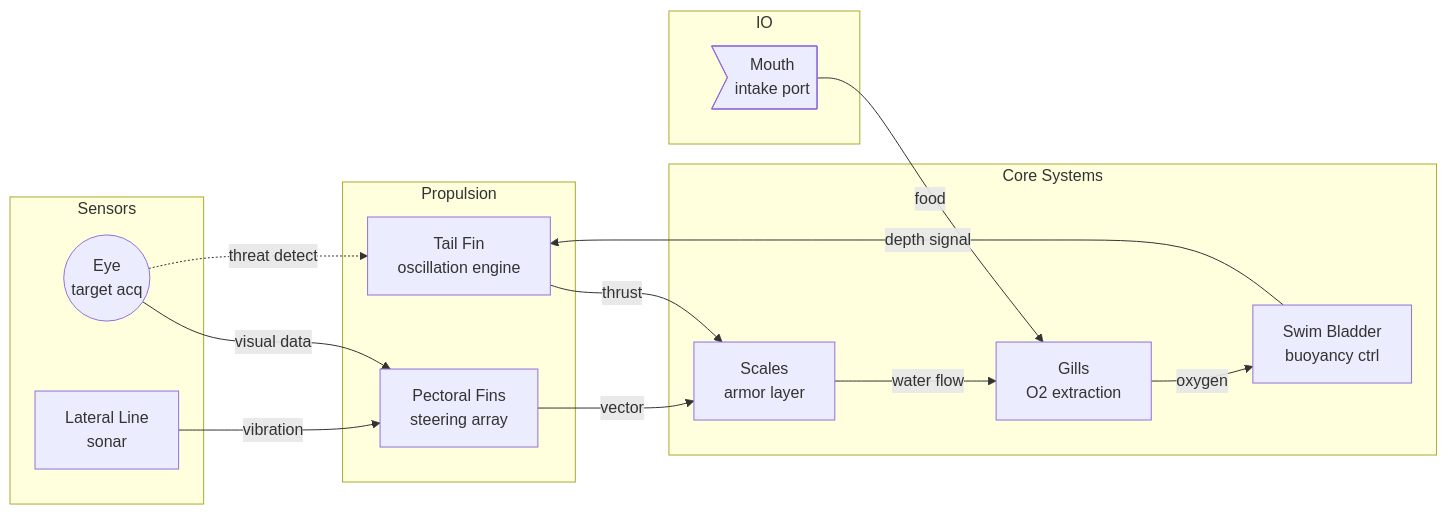
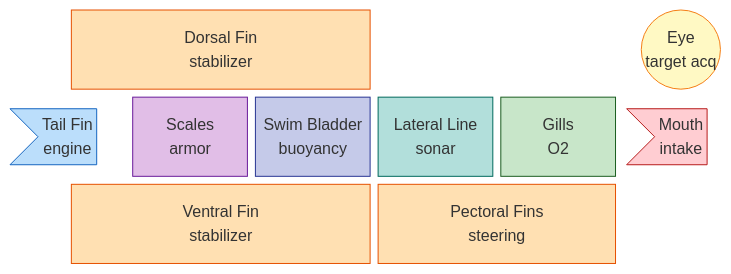
Before and after one commit to Minimalistic/marsh.city: the third of 3 diagrams in src/content/playground/mermaid-zoo.md, drawn with Mermaid. The commit also changed other lines of this file, not shown here.

Commit message:
feat: rewrite mermaid zoo with self-aware tone, anatomical fish
Leans into the joke that mermaid block-beta was not built for animal
drawings. New copy frames the fish as the high-water mark and owns
the whale as a fond disaster. The system-architecture fish moves to
block-beta so labeled components sit where they would anatomically.

````diff
--- a/src/content/playground/mermaid-zoo.md
+++ b/src/content/playground/mermaid-zoo.md
@@ -53,29 +61,18 @@
 ```mermaid
-flowchart LR
-    subgraph Propulsion
-        TF["Tail Fin\noscillation engine"]
-        PF["Pectoral Fins\nsteering array"]
-    end
-    subgraph CoreSystems["Core Systems"]
-        SC["Scales\narmor layer"]
-        SB["Swim Bladder\nbuoyancy ctrl"]
-        GL["Gills\nO2 extraction"]
-    end
-    subgraph Sensors
-        EY(("Eye\ntarget acq"))
-        LL["Lateral Line\nsonar"]
-    end
-    subgraph IO
-        MO>"Mouth\nintake port"]
-    end
+block-beta
+  columns 12
+  space:1 DF["Dorsal Fin\nstabilizer"]:5 space:4 EY(("Eye\ntarget acq")):2
+  TF>"Tail Fin\nengine"]:2 SC["Scales\narmor"]:2 SB["Swim Bladder\nbuoyancy"]:2 LL["Lateral Line\nsonar"]:2 GL["Gills\nO2"]:2 MO>"Mouth\nintake"]:2
+  space:1 VF["Ventral Fin\nstabilizer"]:5 PF["Pectoral Fins\nsteering"]:4 space:2
 
-    TF -->|thrust| SC
-    PF -->|vector| SC
-    SC -->|water flow| GL
-    GL -->|oxygen| SB
-    SB -->|depth signal| TF
-    EY -->|visual data| PF
-    LL -->|vibration| PF
-    MO -->|food| GL
-    EY -.->|threat detect| TF
+  style DF fill:#FFE0B2,stroke:#E65100
+  style VF fill:#FFE0B2,stroke:#E65100
+  style PF fill:#FFE0B2,stroke:#E65100
+  style TF fill:#BBDEFB,stroke:#1565C0
+  style SC fill:#E1BEE7,stroke:#6A1B9A
+  style SB fill:#C5CAE9,stroke:#283593
+  style LL fill:#B2DFDB,stroke:#00695C
+  style GL fill:#C8E6C9,stroke:#1B5E20
+  style MO fill:#FFCDD2,stroke:#B71C1C
+  style EY fill:#FFF9C4,stroke:#F57F17
 ```
````
